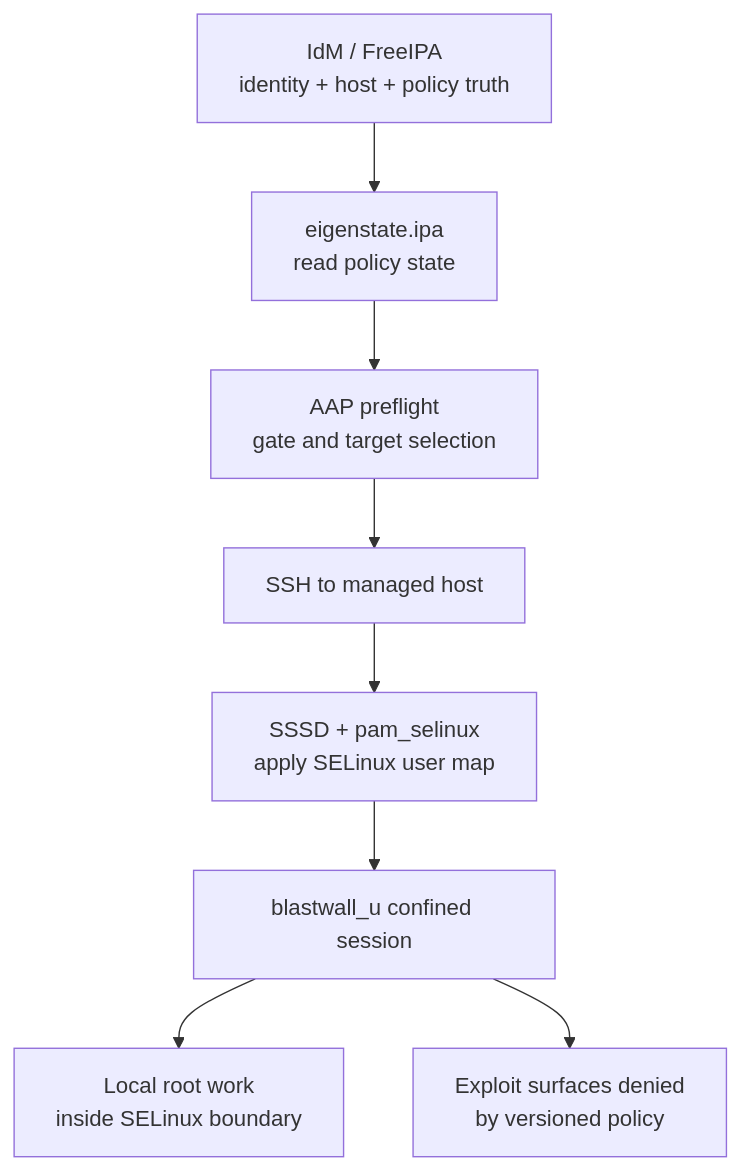
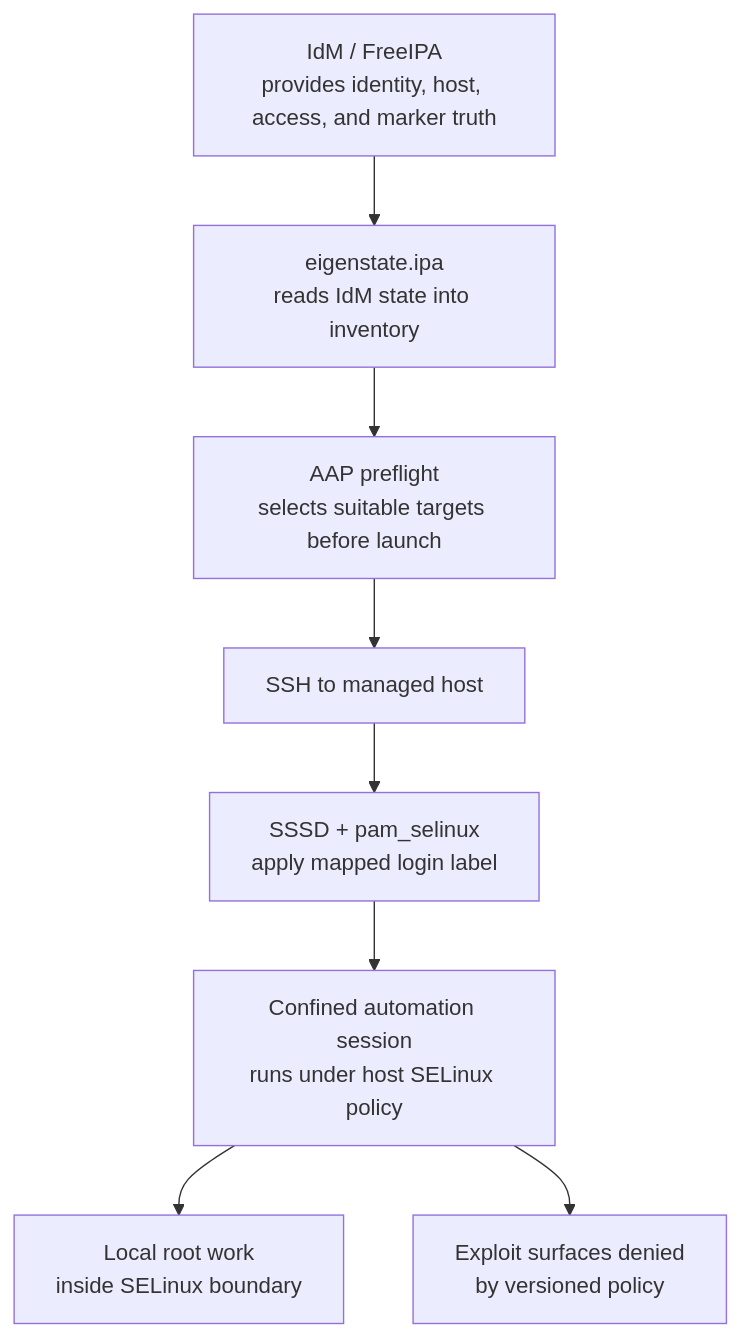
The diagram in docs/assets/diagrams/idm-aap-flow.mmd (gprocunier/blastwall), drawn with Mermaid before and after one commit. The commit also changed 72 other files, not shown here.

```diff
--- a/docs/assets/diagrams/idm-aap-flow.mmd
+++ b/docs/assets/diagrams/idm-aap-flow.mmd
@@ -1,8 +1,8 @@
 flowchart TB
-    IDM["IdM / FreeIPA<br/>identity + host + policy truth"] --> EIGEN["eigenstate.ipa<br/>read policy state"]
-    EIGEN --> AAP["AAP preflight<br/>gate and target selection"]
+    IDM["IdM / FreeIPA<br/>provides identity, host, access, and marker truth"] --> EIGEN["eigenstate.ipa<br/>reads IdM state into inventory"]
+    EIGEN --> AAP["AAP preflight<br/>selects suitable targets before launch"]
     AAP --> SSH["SSH to managed host"]
-    SSH --> PAM["SSSD + pam_selinux<br/>apply SELinux user map"]
-    PAM --> BW["blastwall_u confined session"]
+    SSH --> PAM["SSSD + pam_selinux<br/>apply mapped login label"]
+    PAM --> BW["Confined automation session<br/>runs under host SELinux policy"]
     BW --> LOCAL["Local root work<br/>inside SELinux boundary"]
     BW --> BLOCK["Exploit surfaces denied<br/>by versioned policy"]
```
